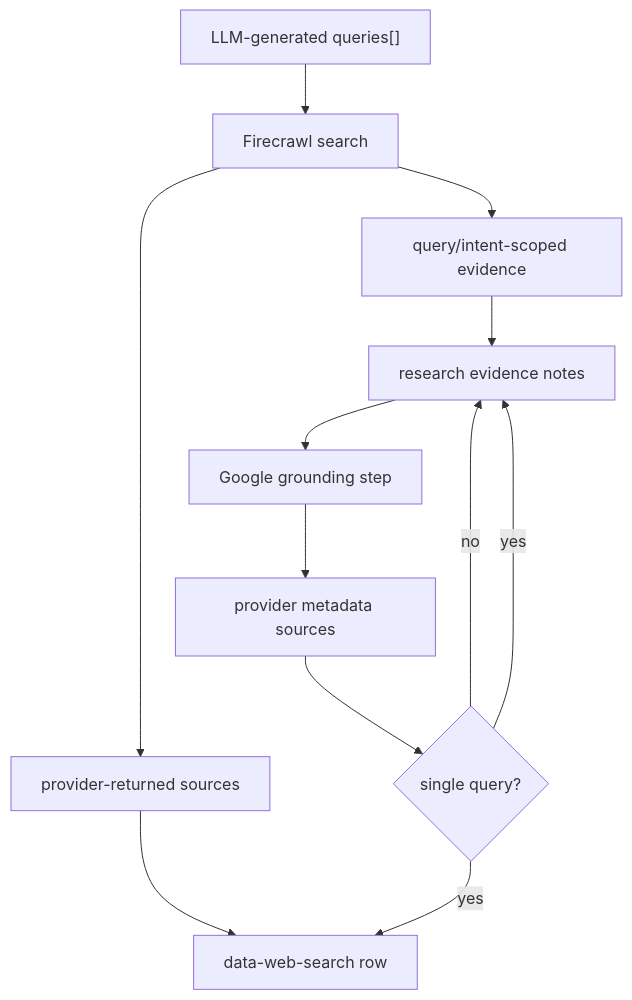
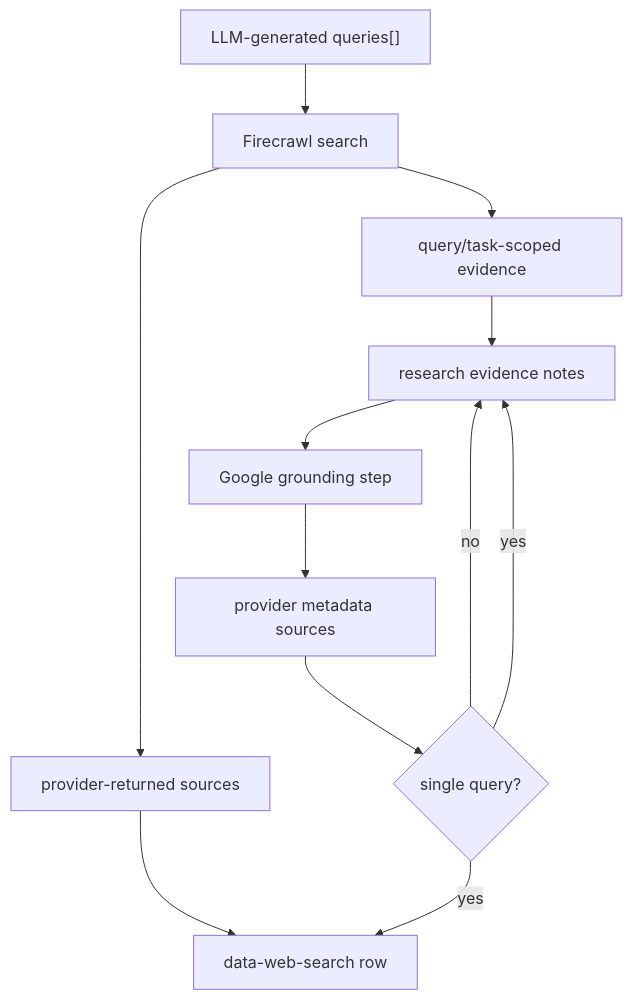
Before and after one commit to nakafaai/nakafa.com: the second of 3 diagrams in packages/ai/agents/docs/query-scoped-search.md, drawn with Mermaid. The commit also changed 122 other files, not shown here.

````diff
--- a/packages/ai/agents/docs/query-scoped-search.md
+++ b/packages/ai/agents/docs/query-scoped-search.md
@@ -37,14 +37,14 @@
 ```mermaid
 flowchart TD
   Query["LLM-generated queries[]"] --> Firecrawl["Firecrawl search"]
   Firecrawl --> Raw["provider-returned sources"]
-  Firecrawl --> Scoped["query/intent-scoped evidence"]
+  Firecrawl --> Scoped["query/task-scoped evidence"]
   Raw --> UI["data-web-search row"]
   Scoped --> Agent["research evidence notes"]
   Agent --> Google["Google grounding step"]
   Google --> Grounded["provider metadata sources"]
   Grounded --> Decision{"single query?"}
   Decision -->|yes| UI
   Decision -->|no| Agent
   Decision -->|yes| Agent
 ```
````
